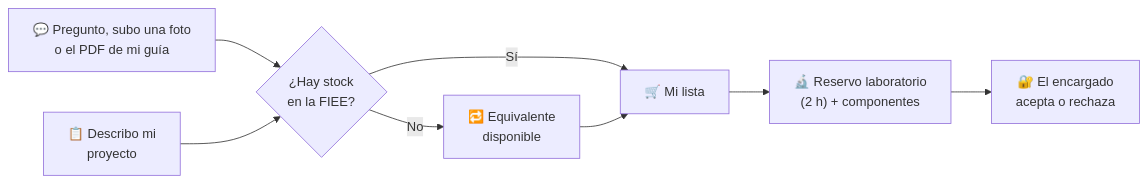
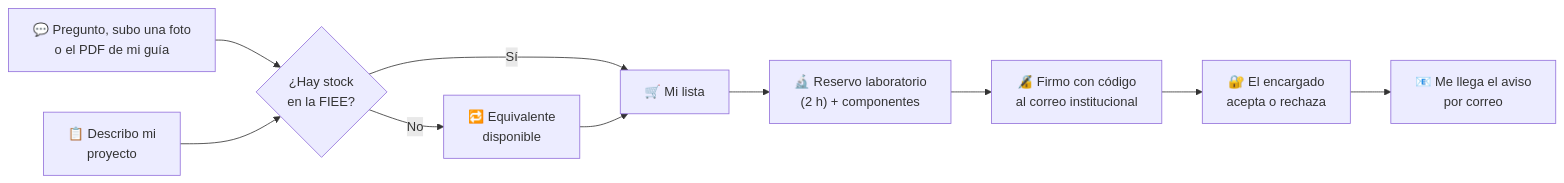
One commit to AldoRuiz07/KHIPU- changed the first of 3 diagrams in README.md. Above: the diagram before and after it, drawn with Mermaid. The commit also changed other lines of this file, not shown here.

````diff
--- a/README.md
+++ b/README.md
@@ -82,9 +101,11 @@
 ```mermaid
 flowchart LR
     A["💬 Pregunto, subo una foto<br/>o el PDF de mi guía"] --> C
     B["📋 Describo mi<br/>proyecto"] --> C
     C{"¿Hay stock<br/>en la FIEE?"} -- Sí --> D["🛒 Mi lista"]
     C -- No --> E["🔁 Equivalente<br/>disponible"] --> D
     D --> F["🔬 Reservo laboratorio<br/>(2 h) + componentes"]
-    F --> G["🔐 El encargado<br/>acepta o rechaza"]
+    F --> H["🔏 Firmo con código<br/>al correo institucional"]
+    H --> G["🔐 El encargado<br/>acepta o rechaza"]
+    G --> I["📧 Me llega el aviso<br/>por correo"]
 ```
````
